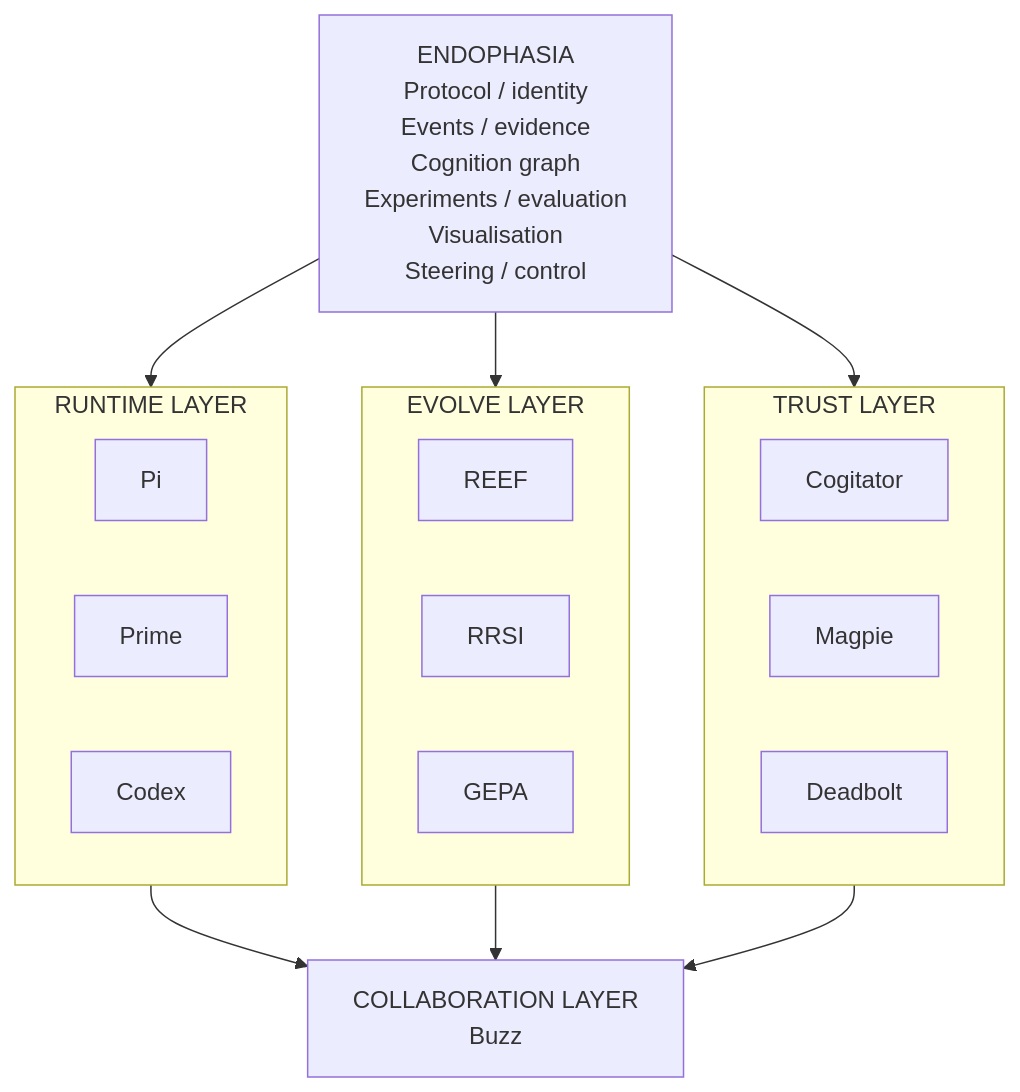
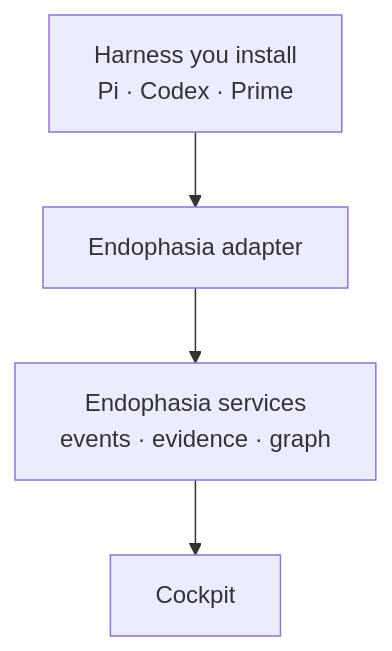
One commit to noctem-o/endophasia changed the first of 2 diagrams in README.md. Above: the diagram before and after it, drawn with Mermaid. The commit also changed other lines of this file, not shown here.

First line of the commit message:
docs: rewrite README for attach-model architecture

````diff
--- a/README.md
+++ b/README.md
@@ -51,31 +76,6 @@
-```mermaid
+~~~mermaid
 flowchart TB
-    E["ENDOPHASIA<br/>Protocol / identity<br/>Events / evidence<br/>Cognition graph<br/>Experiments / evaluation<br/>Visualisation<br/>Steering / control"]
-
-    subgraph R["RUNTIME LAYER"]
-        Pi["Pi"]
-        Prime["Prime"]
-        Codex["Codex"]
-    end
-
-    subgraph V["EVOLVE LAYER"]
-        Reef["REEF"]
-        RRSI["RRSI"]
-        GEPA["GEPA"]
-    end
-
-    subgraph T["TRUST LAYER"]
-        Cog["Cogitator"]
-        Mag["Magpie"]
-        Dead["Deadbolt"]
-    end
-
-    Buzz["COLLABORATION LAYER<br/>Buzz"]
-
-    E --> R
-    E --> V
-    E --> T
-    R --> Buzz
-    V --> Buzz
-    T --> Buzz
-```
+    R["Harness you install<br/>Pi · Codex · Prime"] --> A["Endophasia adapter"]
+    A --> S["Endophasia services<br/>events · evidence · graph"]
+    S --> C["Cockpit"]
+~~~
````
